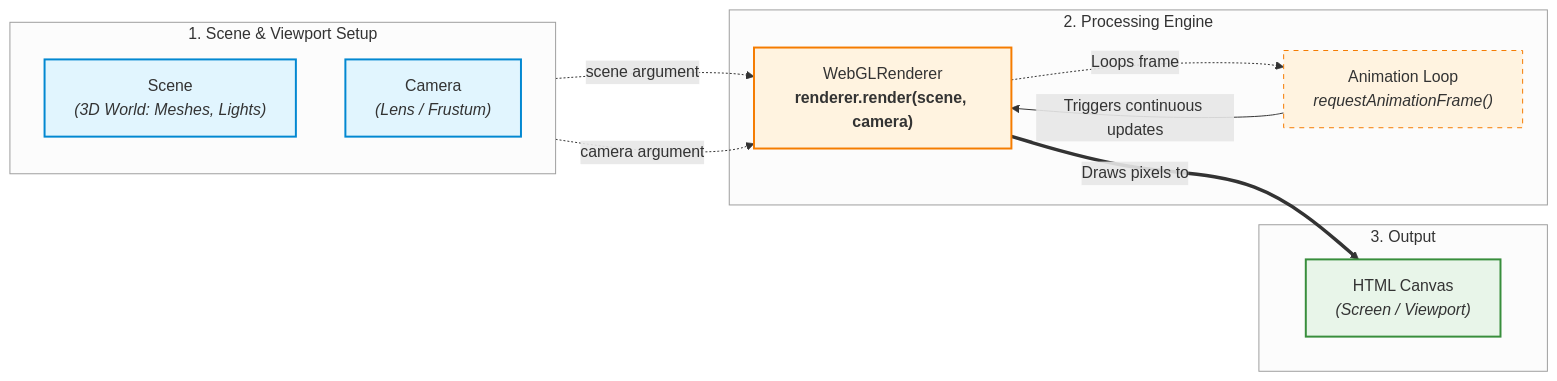
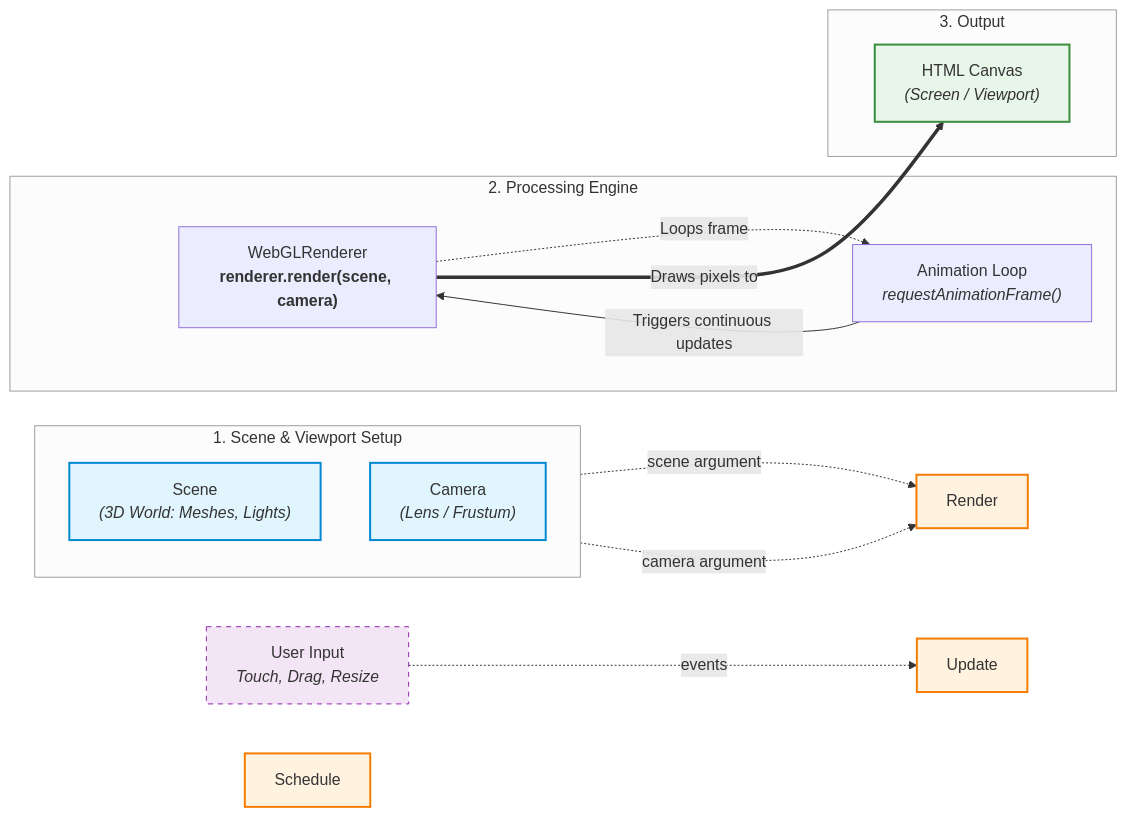
The diagram in README.md (ManuelVargas1251/three), drawn with Mermaid before and after one commit. The commit also changed 3 other files, not shown here.

````diff
--- a/README.md
+++ b/README.md
@@ -9,39 +9,44 @@
 ```mermaid
 flowchart LR
     subgraph Setup ["1. Scene & Viewport Setup"]
         direction TB
         Scene["Scene<br/><i>(3D World: Meshes, Lights)</i>"]
         Camera["Camera<br/><i>(Lens / Frustum)</i>"]
     end
 
     subgraph Engine ["2. Processing Engine"]
         Renderer["WebGLRenderer<br/><b>renderer.render(scene, camera)</b>"]
         Loop["Animation Loop<br/><i>requestAnimationFrame()</i>"]
     end
 
     subgraph Display ["3. Output"]
         Canvas["HTML Canvas<br/><i>(Screen / Viewport)</i>"]
     end
 
-    %% Passive inputs passed as parameters
-    Scene -. "scene argument" .-> Renderer
-    Camera -. "camera argument" .-> Renderer
+    %% Inputs on the Left
+    UserInputs["User Input<br/><i>Touch, Drag, Resize</i>"] -. "events" .-> Update
+
+    %% Setup Arguments from Above
+    Scene -. "scene argument" .-> Render
+    Camera -. "camera argument" .-> Render
 
     %% Render loop feedback
     Loop -->|"Triggers continuous updates"| Renderer
     Renderer -. "Loops frame" .-> Loop
 
     %% Primary execution output
     Renderer ==>|"Draws pixels to"| Canvas
 
     style Scene fill:#e1f5fe,stroke:#0288d1,stroke-width:2px
     style Camera fill:#e1f5fe,stroke:#0288d1,stroke-width:2px
-    style Renderer fill:#fff3e0,stroke:#f57c00,stroke-width:2px
-    style Loop fill:#fff3e0,stroke:#f57c00,stroke-width:1px,stroke-dasharray: 5 5
+    style UserInputs fill:#f3e5f5,stroke:#8e24aa,stroke-width:1px,stroke-dasharray: 5 5
+    style Schedule fill:#fff3e0,stroke:#f57c00,stroke-width:2px
+    style Update fill:#fff3e0,stroke:#f57c00,stroke-width:2px
+    style Render fill:#fff3e0,stroke:#f57c00,stroke-width:2px
     style Canvas fill:#e8f5e9,stroke:#388e3c,stroke-width:2px
 
     %% Subgraph Styling
     style Setup fill:#fcfcfc,stroke:#9e9e9e,stroke-width:1px
     style Engine fill:#fcfcfc,stroke:#9e9e9e,stroke-width:1px
     style Display fill:#fcfcfc,stroke:#9e9e9e,stroke-width:1px
 ```
````
